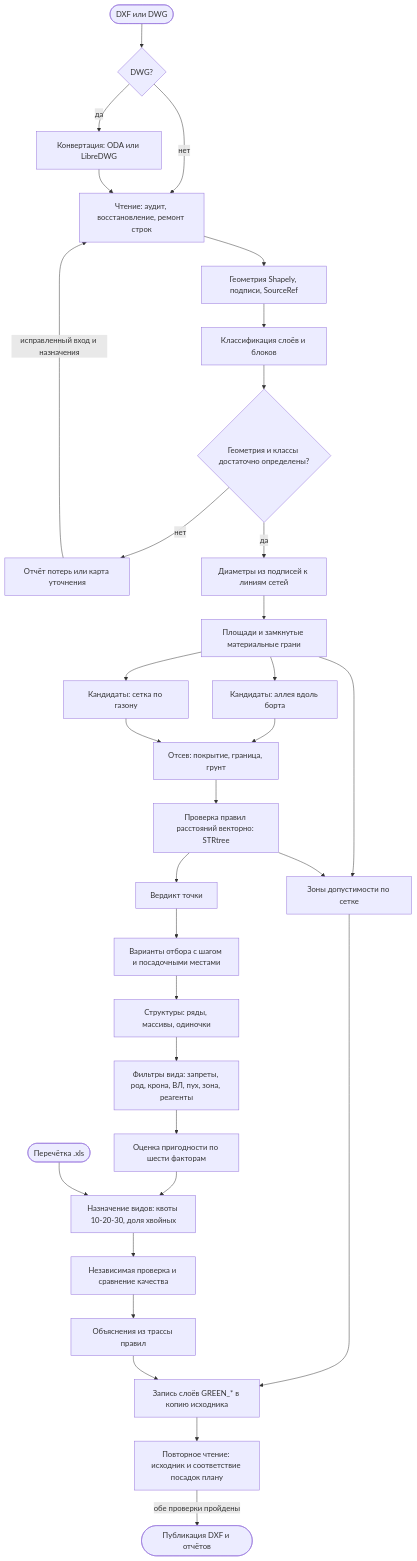
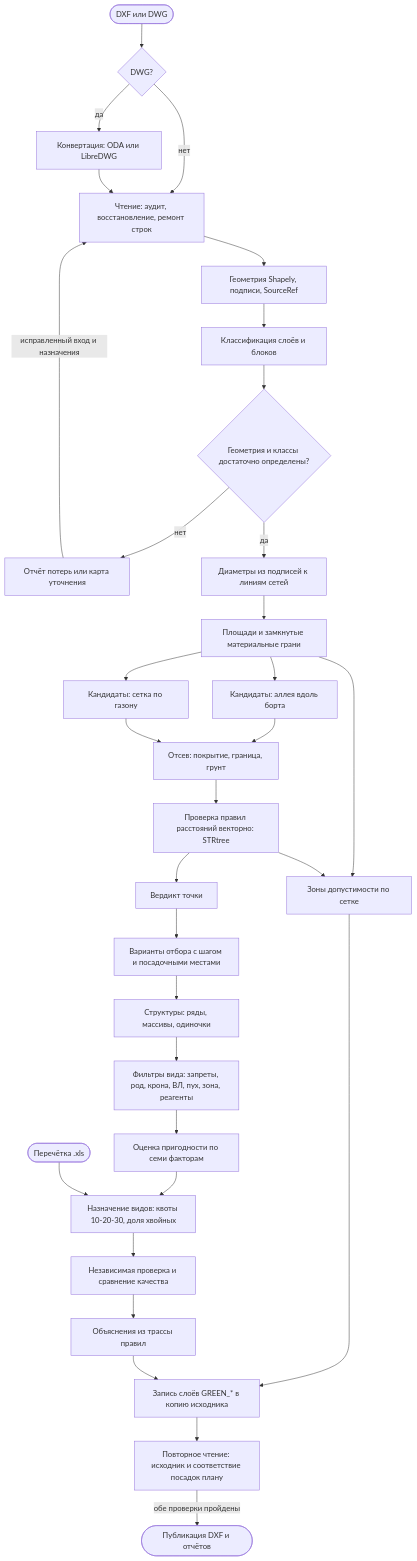
The diagram in docs/algorithm.md (Mojarung/LCT_2026), drawn with Mermaid before and after one commit. The commit also changed other lines of this file and 11 other files, not shown here.

````diff
--- a/docs/algorithm.md
+++ b/docs/algorithm.md
@@ -278,34 +286,34 @@
 ```mermaid
 flowchart TD
     A([DXF или DWG]) --> B{DWG?}
     B -->|да| C[Конвертация: ODA или LibreDWG]
     B -->|нет| D
     C --> D[Чтение: аудит, восстановление, ремонт строк]
     D --> E[Геометрия Shapely, подписи, SourceRef]
     E --> F[Классификация слоёв и блоков]
     F --> G{Геометрия и классы достаточно определены?}
     G -->|нет| REVIEW[Отчёт потерь или карта уточнения]
     REVIEW -->|исправленный вход и назначения| D
     G -->|да| H[Диаметры из подписей к линиям сетей]
     H --> I[Площади и замкнутые материальные грани]
     I --> J[Кандидаты: аллея вдоль борта]
     I --> K[Кандидаты: сетка по газону]
     J --> L[Отсев: покрытие, граница, грунт]
     K --> L
     L --> M[Проверка правил расстояний векторно: STRtree]
     M --> N[Вердикт точки]
     N --> O[Варианты отбора с шагом и посадочными местами]
     O --> O1[Структуры: ряды, массивы, одиночки]
     O1 --> O2[Фильтры вида: запреты, род, крона, ВЛ, пух, зона, реагенты]
-    O2 --> O3[Оценка пригодности по шести факторам]
+    O2 --> O3[Оценка пригодности по семи факторам]
     O3 --> O4[Назначение видов: квоты 10-20-30, доля хвойных]
     U([Перечётка .xls]) --> O4
     I --> P[Зоны допустимости по сетке]
     M --> P
     O4 --> V[Независимая проверка и сравнение качества]
     V --> Q[Объяснения из трассы правил]
     P --> R
     Q --> R[Запись слоёв GREEN_* в копию исходника]
     R --> S[Повторное чтение: исходник и соответствие посадок плану]
     S -->|обе проверки пройдены| T([Публикация DXF и отчётов])
 ```
````
